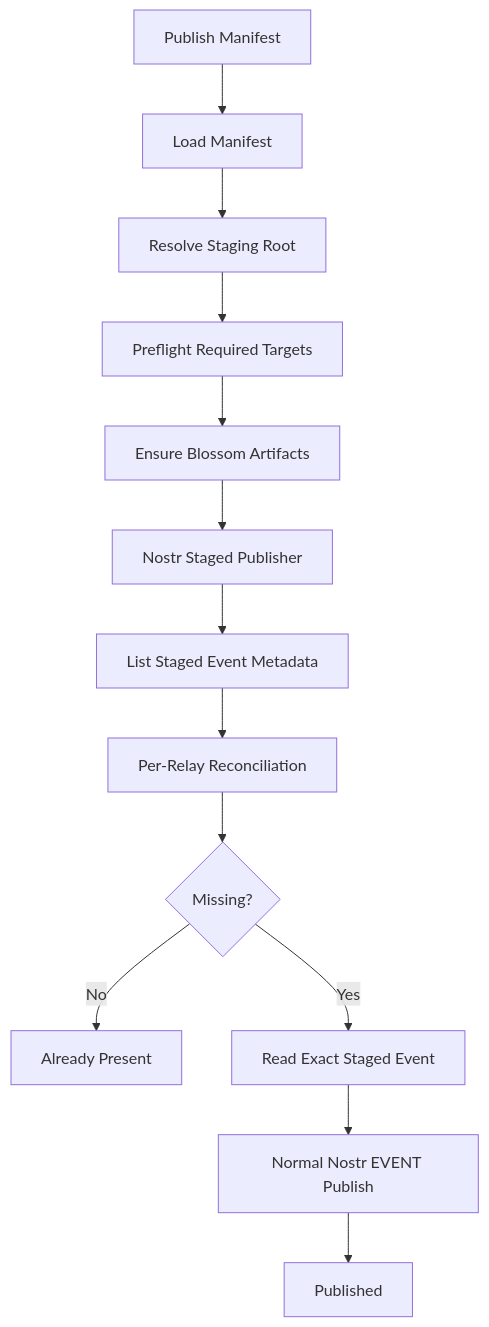
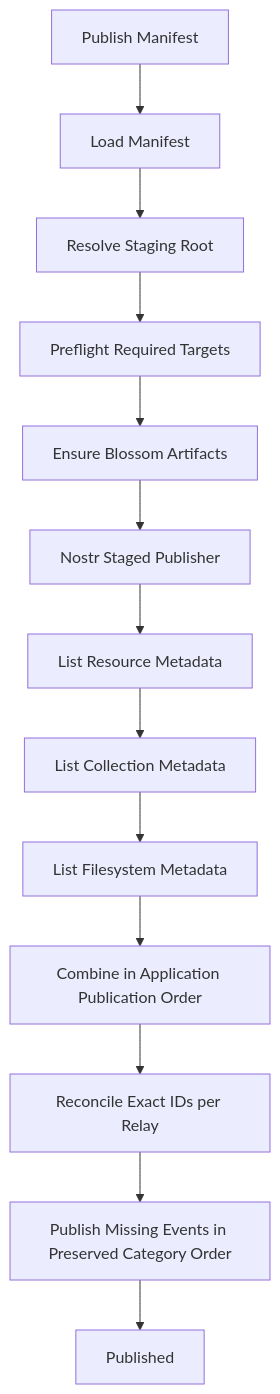
The second of 3 diagrams in docs/03_implementation/tooling/001-resource-publishing-cli.md (kjvonly/kjvonly.bible), drawn with Mermaid before and after one commit. The commit also changed other lines of this file and 93 other files, not shown here.

First line of the commit message:
Implement filesystem resource publishing, bootstrap integration, and validation

````diff
--- a/docs/03_implementation/tooling/001-resource-publishing-cli.md
+++ b/docs/03_implementation/tooling/001-resource-publishing-cli.md
@@ -1359,18 +1466,17 @@
 ```mermaid
 flowchart TD
     A[Publish Manifest] --> B[Load Manifest]
     B --> C[Resolve Staging Root]
     C --> D[Preflight Required Targets]
 
     D --> E[Ensure Blossom Artifacts]
     E --> F[Nostr Staged Publisher]
 
-    F --> G[List Staged Event Metadata]
-    G --> H[Per-Relay Reconciliation]
-    H --> I{Missing?}
-
-    I -->|No| J[Already Present]
-    I -->|Yes| K[Read Exact Staged Event]
-    K --> L[Normal Nostr EVENT Publish]
+    F --> G[List Resource Metadata]
+    G --> H[List Collection Metadata]
+    H --> I[List Filesystem Metadata]
+    I --> J[Combine in Application Publication Order]
+    J --> K[Reconcile Exact IDs per Relay]
+    K --> L[Publish Missing Events in Preserved Category Order]
     L --> M[Published]
 ```
````
